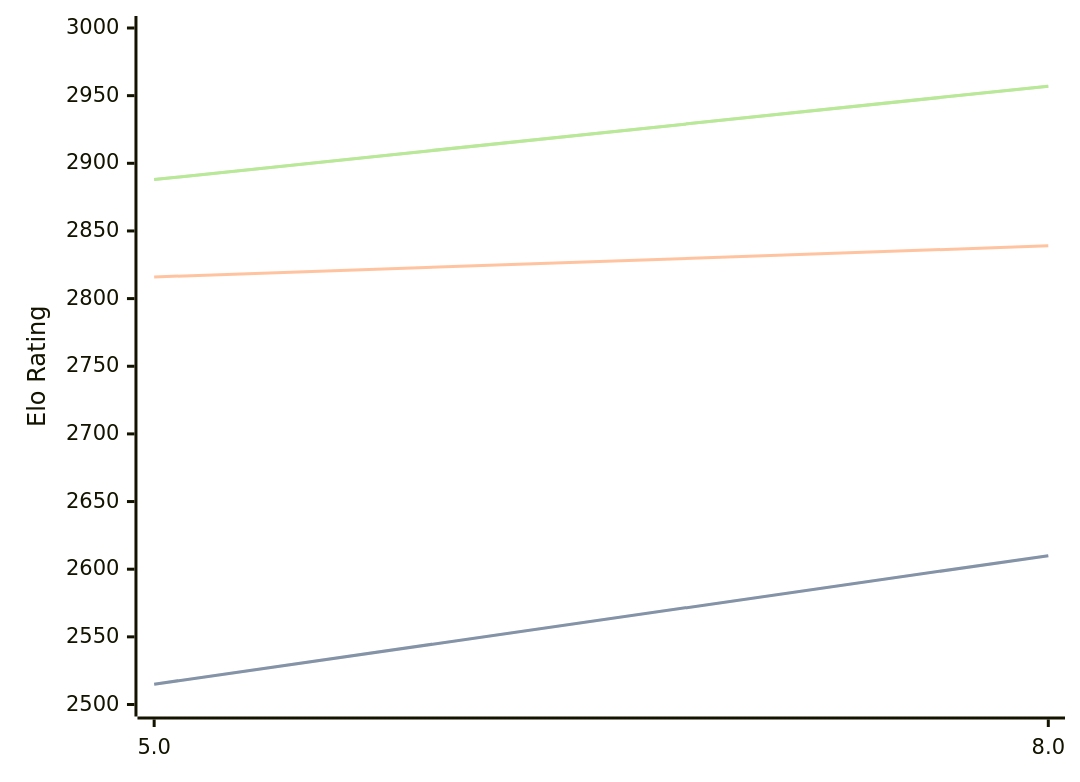
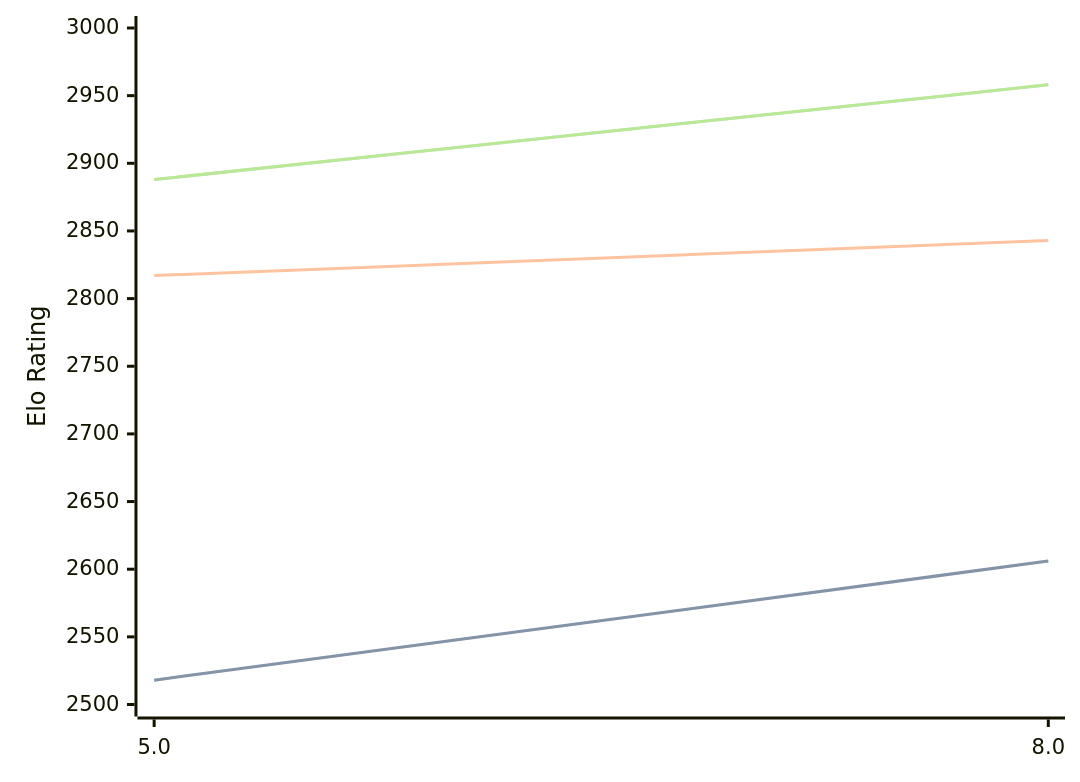
The diagram in engines/4kc.md (computer-chess-index/cci), drawn with Mermaid before and after one commit. The commit also changed other lines of this file, not shown here.

Commit message:
Update CCI Ratings (ELO VLTC) - 2026-03-29

````diff
--- a/engines/4kc.md
+++ b/engines/4kc.md
@@ -41,11 +41,11 @@
 ```mermaid
 %%{init: {"theme":"base","themeVariables":{"seriesColors:['#a3a3a3','#222221','#faa371']}}}%%
 xychart-beta
   x-axis ["5.0", "8.0"]
   y-axis "Elo Rating" 2500 --> 3000
-  line "STC (8.0+0.08s)" [2515, 2610]
-  line "STC (8.0+0.08s)" [2515, 2610]
-  line "LTC (60.0+0.60s)" [2816, 2839]
-  line "VLTC (2m24s+1.12s)" [2888, 2957]
-  line "VLTC (2m24s+1.12s)" [2888, 2957]
+  line "STC (8.0+0.08s)" [2518, 2606]
+  line "STC (8.0+0.08s)" [2518, 2606]
+  line "LTC (60.0+0.60s)" [2817, 2843]
+  line "VLTC (2m24s+1.12s)" [2888, 2958]
+  line "VLTC (2m24s+1.12s)" [2888, 2958]
 ```
````
